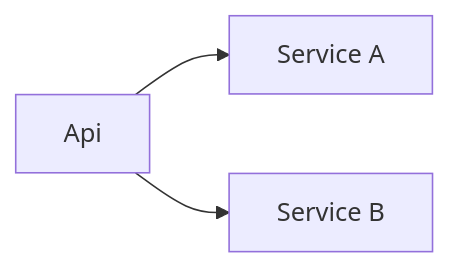
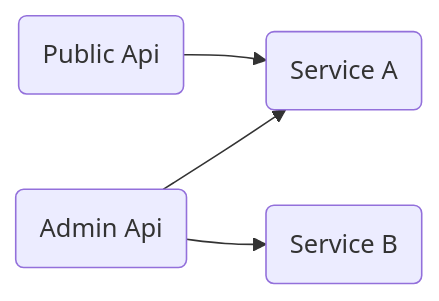
Before and after one commit to nitrictech/docs: the diagram in docs/apis.mdx, drawn with Mermaid. The commit also changed other lines of this file and 1 other file, not shown here.

Commit message:
update global theme, and apis diagram.

````diff
--- a/docs/apis.mdx
+++ b/docs/apis.mdx
@@ -11,7 +11,8 @@
 ```mermaid
 graph LR;
     classDef default line-height:1.2;
 
-    A[Api]-->B[Service A];
-    A-->C[Service B];
+    A(Admin Api)-->B(Service A);
+    A-->C(Service B);
+    D(Public Api)-->B(Service A)
 ```
````
